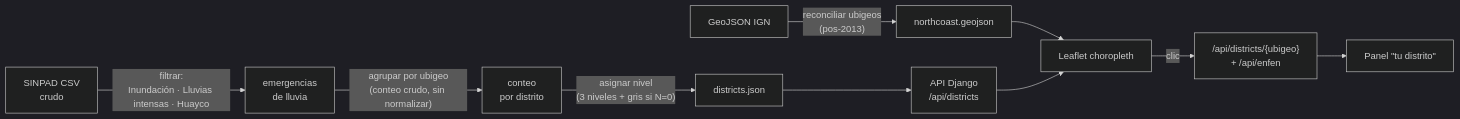
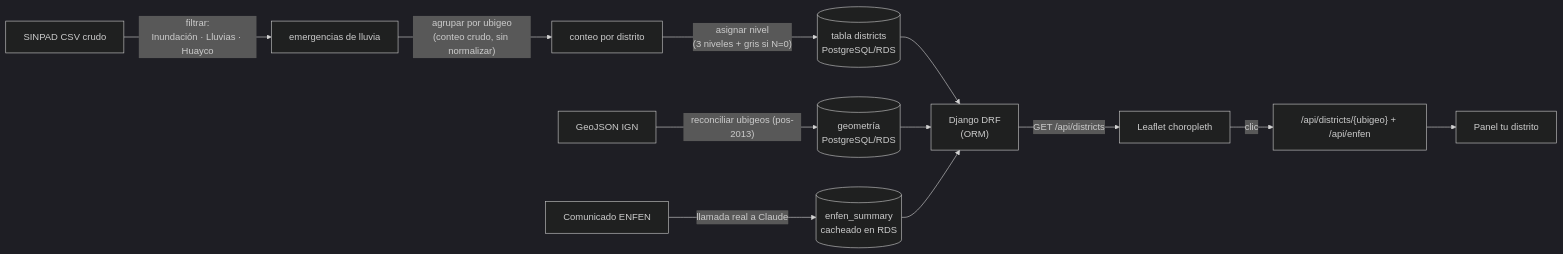
Before and after one commit to valerianadine99/hackaton-pucp-LTGM: the second of 5 diagrams in docs/architecture.md, drawn with Mermaid (dark theme). The commit also changed other lines of this file and 3 other files, not shown here.

First line of the commit message:
Re-sincronizar arquitectura: BD real (RDS) + EC2 + Claude

````diff
--- a/docs/architecture.md
+++ b/docs/architecture.md
@@ -63,12 +89,14 @@
 ```mermaid
 flowchart LR
-    A["SINPAD CSV<br/>crudo"] -->|"filtrar:<br/>Inundación · Lluvias intensas · Huayco"| B["emergencias<br/>de lluvia"]
-    B -->|"agrupar por ubigeo<br/>(conteo crudo, sin normalizar)"| C["conteo<br/>por distrito"]
-    C -->|"asignar nivel<br/>(3 niveles + gris si N=0)"| D["districts.json"]
-    E["GeoJSON IGN"] -->|"reconciliar ubigeos<br/>(pos-2013)"| F["northcoast.geojson"]
-    D --> G["API Django<br/>/api/districts"]
-    F --> H["Leaflet choropleth"]
-    G --> H
-    H -->|"clic"| I["/api/districts/{ubigeo}<br/>+ /api/enfen"]
-    I --> J["Panel #quot;tu distrito#quot;"]
+    A["SINPAD CSV crudo"] -->|"filtrar:<br/>Inundación · Lluvias · Huayco"| B["emergencias de lluvia"]
+    B -->|"agrupar por ubigeo<br/>(conteo crudo, sin normalizar)"| C["conteo por distrito"]
+    C -->|"asignar nivel<br/>(3 niveles + gris si N=0)"| D[("tabla districts<br/>PostgreSQL/RDS")]
+    E["GeoJSON IGN"] -->|"reconciliar ubigeos (pos-2013)"| F[("geometría<br/>PostgreSQL/RDS")]
+    G["Comunicado ENFEN"] -->|"llamada real a Claude"| H[("enfen_summary<br/>cacheado en RDS")]
+    D --> API["Django DRF<br/>(ORM)"]
+    F --> API
+    H --> API
+    API -->|"GET /api/districts"| MAP["Leaflet choropleth"]
+    MAP -->|"clic"| DET["/api/districts/{ubigeo} + /api/enfen"]
+    DET --> PANEL["Panel tu distrito"]
 ```
````
